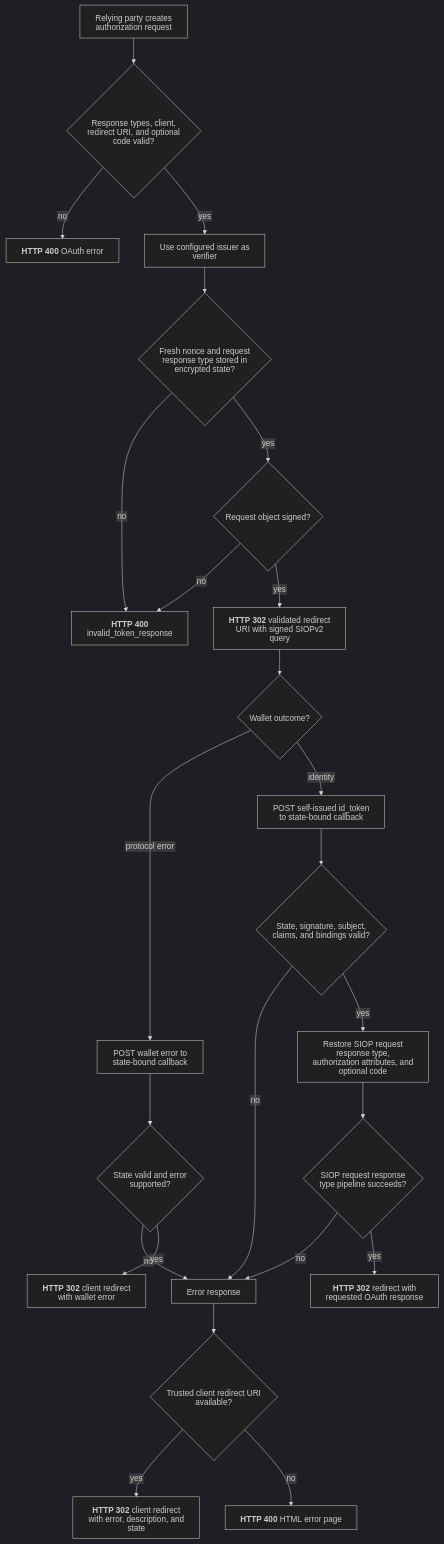
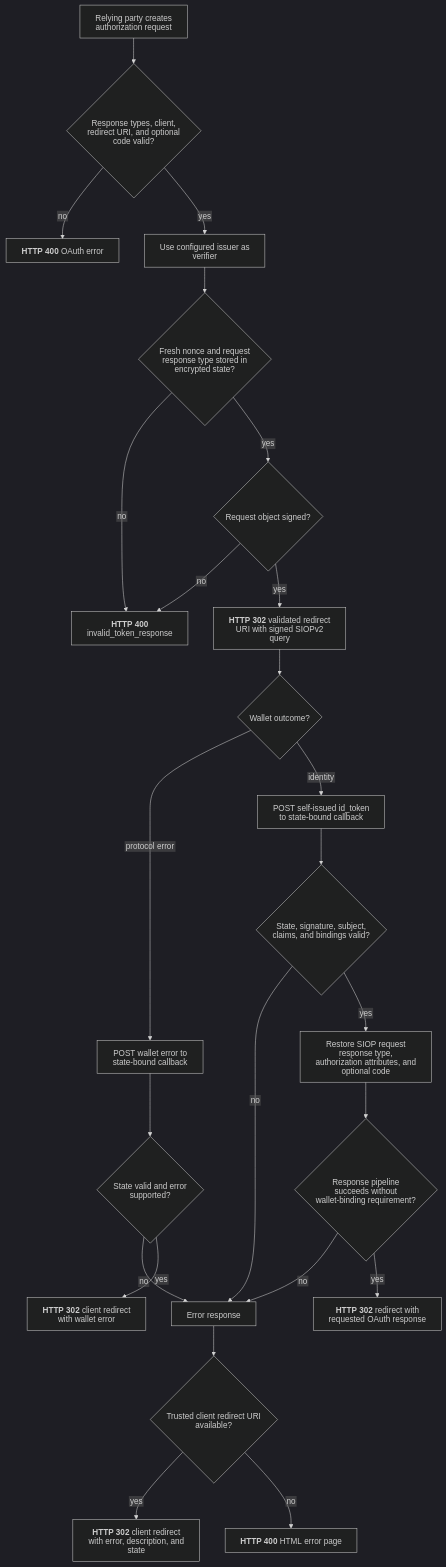
Before and after one commit to malach-it/kagome: the diagram in docs/flows/siopv2/siopv2.mmd, drawn with Mermaid (dark theme). The commit also changed 42 other files, not shown here.

Commit message:
feat: add configurable wallet key binding

```diff
--- a/docs/flows/siopv2/siopv2.mmd
+++ b/docs/flows/siopv2/siopv2.mmd
@@ -1,25 +1,25 @@
 %%{init: {"htmlLabels": false, "flowchart": {"htmlLabels": false}}}%%
 flowchart TD
     begin[Relying party creates authorization request] --> oauth{Response types, client, redirect URI, and optional code valid?}
     oauth -- no --> request_error["`**HTTP 400** OAuth error`"]
     oauth -- yes --> issuer[Use configured issuer as verifier]
     issuer --> protect{Fresh nonce and request response type stored in encrypted state?}
     protect -- no --> generation_error["`**HTTP 400** invalid_token_response`"]
     protect -- yes --> sign{Request object signed?}
     sign -- no --> generation_error
     sign -- yes --> authorization["`**HTTP 302** validated redirect URI with signed SIOPv2 query`"]
     authorization --> wallet{Wallet outcome?}
     wallet -- protocol error --> post_error[POST wallet error to state-bound callback]
     wallet -- identity --> post_token[POST self-issued id_token to state-bound callback]
     post_error --> error_valid{State valid and error supported?}
     error_valid -- no --> response_error
     error_valid -- yes --> wallet_redirect["`**HTTP 302** client redirect with wallet error`"]
     post_token --> validate{State, signature, subject, claims, and bindings valid?}
     validate -- no --> response_error
     validate -- yes --> restore[Restore SIOP request response type, authorization attributes, and optional code]
-    restore --> generate{SIOP request response type pipeline succeeds?}
+    restore --> generate{Response pipeline succeeds without wallet-binding requirement?}
     generate -- no --> response_error
     generate -- yes --> identity_success["`**HTTP 302** redirect with requested OAuth response`"]
     response_error[Error response] --> destination{Trusted client redirect URI available?}
     destination -- yes --> error_redirect["`**HTTP 302** client redirect with error, description, and state`"]
     destination -- no --> html_error["`**HTTP 400** HTML error page`"]
```
